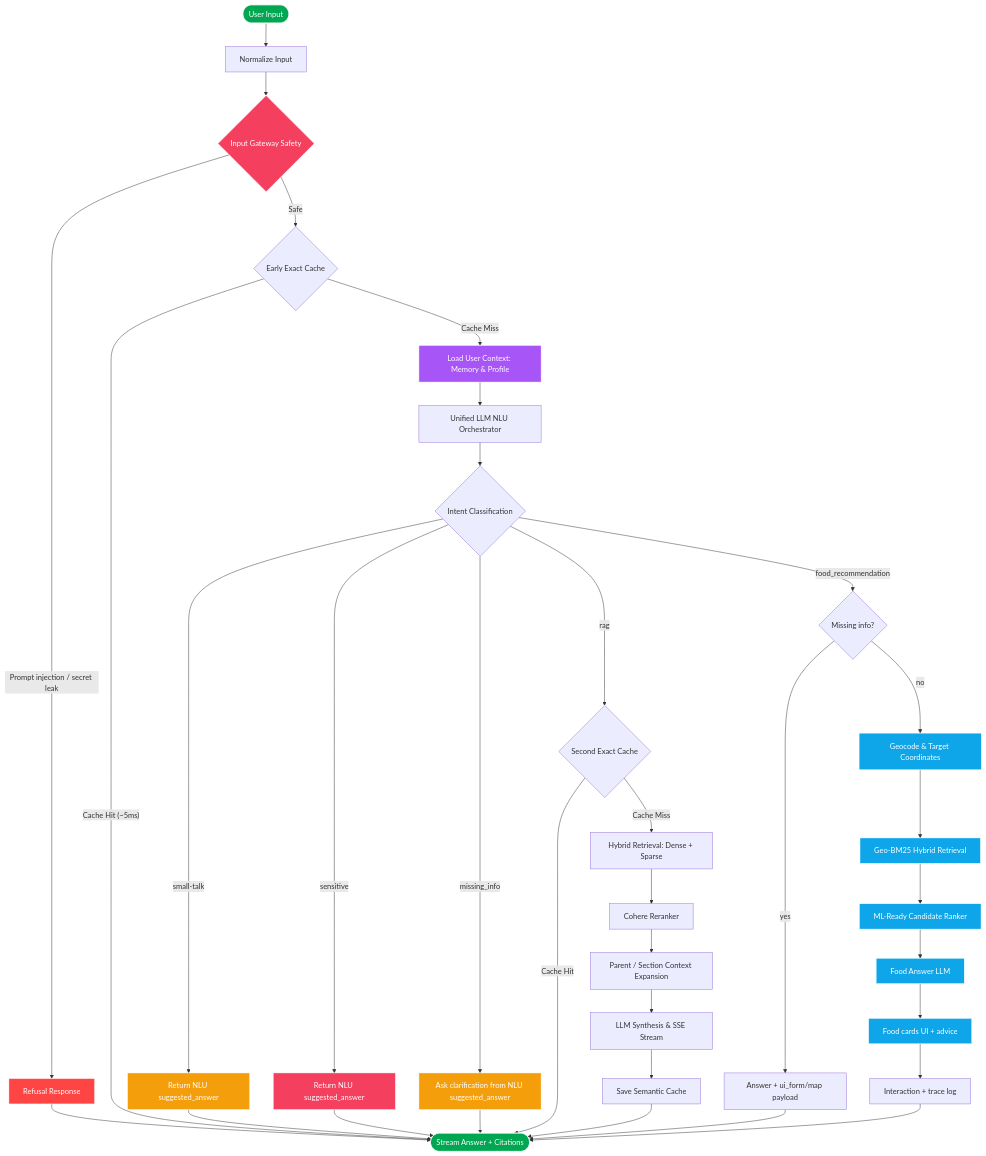
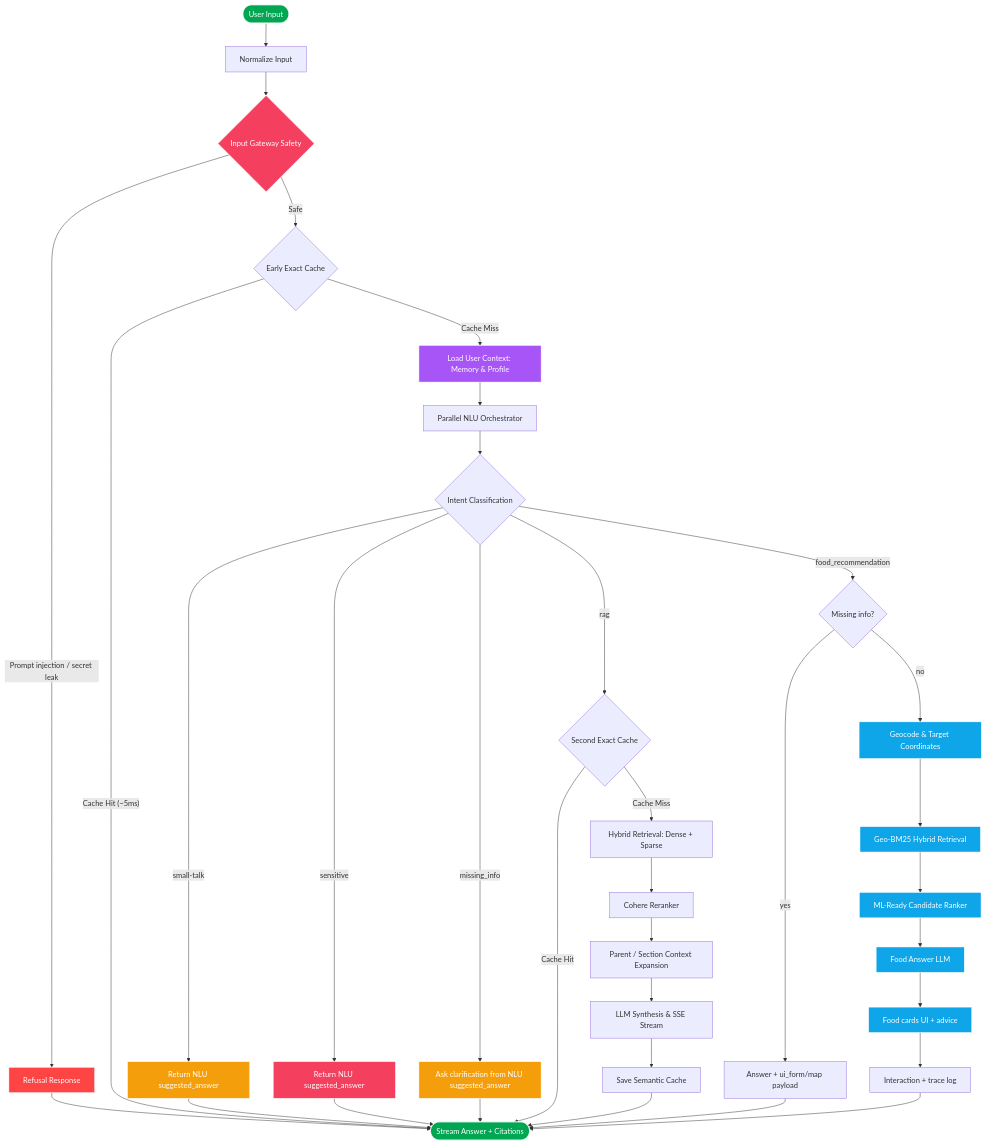
One commit to dungltcn272/XANH_SM_AI_ASSISTANT_V1 changed the diagram in docs/PIPELINE.md. Above: the diagram before and after it, drawn with Mermaid. The commit also changed other lines of this file and 1 other file, not shown here.

````diff
--- a/docs/PIPELINE.md
+++ b/docs/PIPELINE.md
@@ -9,57 +9,57 @@
 ```mermaid
 graph TD
     A([User Input]) --> N[Normalize Input]
     N --> B{Input Gateway Safety}
     B -- "Prompt injection / secret leak" --> Block[Refusal Response]
     B -- "Safe" --> C{Early Exact Cache}
 
     C -- "Cache Hit (~5ms)" --> Out([Stream Answer + Citations])
     C -- "Cache Miss" --> LC[Load User Context: Memory & Profile]
-    LC --> D[Unified LLM NLU Orchestrator]
+    LC --> D[Parallel NLU Orchestrator]
     
     D --> E{Intent Classification}
     E -- "small-talk" --> Stalk[Return NLU suggested_answer]
     E -- "sensitive" --> Sen[Return NLU suggested_answer]
     E -- "missing_info" --> Miss[Ask clarification from NLU suggested_answer]
     E -- "rag" --> F{Second Exact Cache}
     E -- "food_recommendation" --> M{Missing info?}
 
     %% Luồng Food Recommendation
     M -- yes --> FORM[Answer + ui_form/map payload]
     M -- no --> FR1[Geocode & Target Coordinates]
     FR1 --> FR2[Geo-BM25 Hybrid Retrieval]
     FR2 --> FR3[ML-Ready Candidate Ranker]
     FR3 --> FR4[Food Answer LLM]
     FR4 --> CARD[Food cards UI + advice]
     CARD --> LOG[Interaction + trace log]
     LOG --> Out
 
     %% Luồng RAG
     F -- "Cache Hit" --> Out
     F -- "Cache Miss" --> G[Hybrid Retrieval: Dense + Sparse]
     G --> H[Cohere Reranker]
     H --> I[Parent / Section Context Expansion]
     I --> K[LLM Synthesis & SSE Stream]
     K --> CacheSave[Save Semantic Cache]
     CacheSave --> Out
 
     Block --> Out
     Stalk --> Out
     Sen --> Out
     Miss --> Out
     FORM --> Out
 
     style A fill:#00A651,stroke:#fff,color:#fff
     style Out fill:#00A651,stroke:#fff,color:#fff
     style Block fill:#ff4444,stroke:#fff,color:#fff
     style Stalk fill:#f59e0b,stroke:#fff,color:#fff
     style Sen fill:#f43f5e,stroke:#fff,color:#fff
     style Miss fill:#f59e0b,stroke:#fff,color:#fff
     style B fill:#f43f5e,stroke:#fff,color:#fff
     style FR1 fill:#0ea5e9,stroke:#fff,color:#fff
     style FR2 fill:#0ea5e9,stroke:#fff,color:#fff
     style FR3 fill:#0ea5e9,stroke:#fff,color:#fff
     style FR4 fill:#0ea5e9,stroke:#fff,color:#fff
     style CARD fill:#0ea5e9,stroke:#fff,color:#fff
     style LC fill:#a855f7,stroke:#fff,color:#fff
 ```
````
